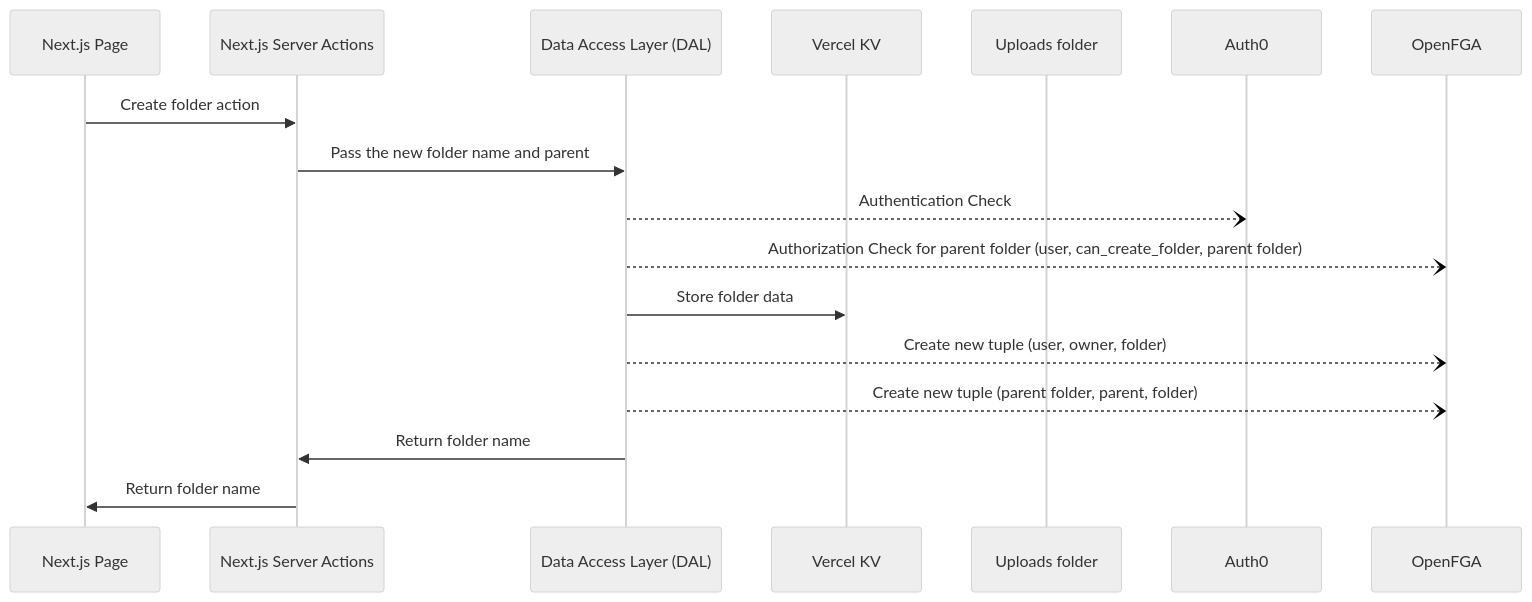
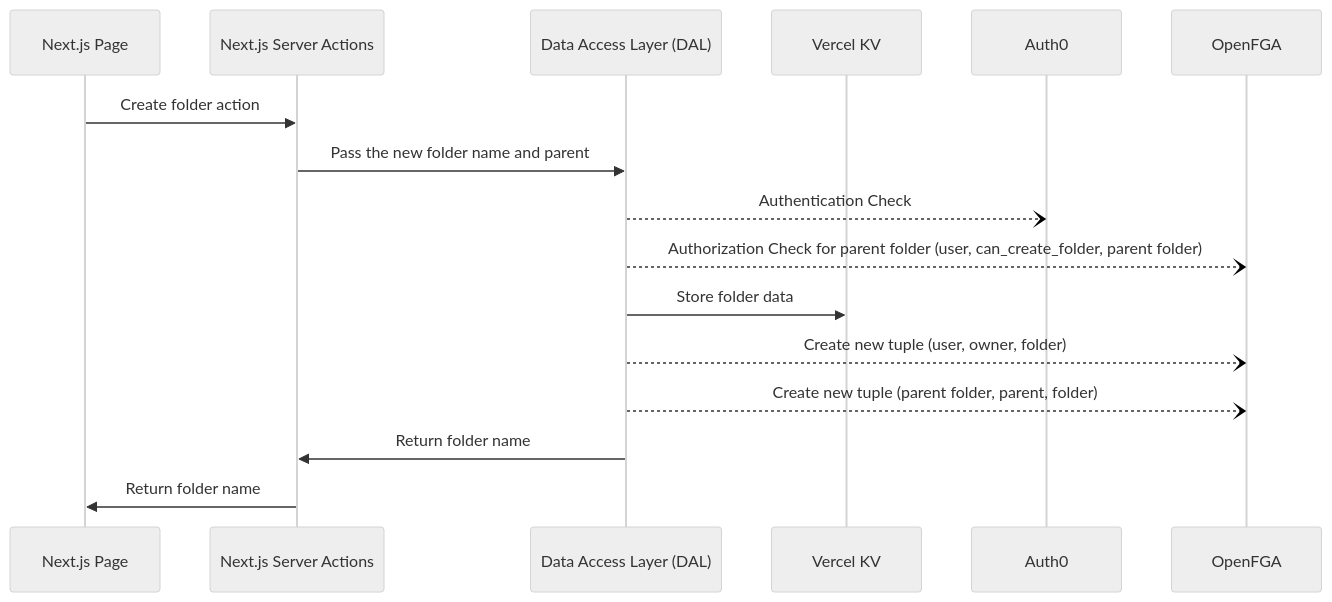
The seventh of 8 diagrams in README.md (oktadev/fga-drive-example), drawn with Mermaid (neutral theme) before and after one commit. The commit also changed other lines of this file, not shown here.

````diff
--- a/README.md
+++ b/README.md
@@ -323,19 +319,18 @@
 ```mermaid
 sequenceDiagram;
   participant Next.js Page
   participant Next.js Server Actions
   participant Data Access Layer (DAL)
   participant Vercel KV
-  participant Uploads folder
   participant Auth0
   participant OpenFGA
   Next.js Page->>Next.js Server Actions: Create folder action
   Next.js Server Actions->>Data Access Layer (DAL): Pass the new folder name and  parent
   Data Access Layer (DAL)--)Auth0: Authentication Check
   Data Access Layer (DAL)--)OpenFGA: Authorization Check for parent folder (user, can_create_folder, parent folder)
   Data Access Layer (DAL)->>Vercel KV: Store folder data
   Data Access Layer (DAL)--)OpenFGA: Create new tuple (user, owner, folder)
   Data Access Layer (DAL)--)OpenFGA: Create new tuple (parent folder, parent, folder)
   Data Access Layer (DAL)->>Next.js Server Actions: Return folder name
   Next.js Server Actions->>Next.js Page: Return folder name
 ```
````
